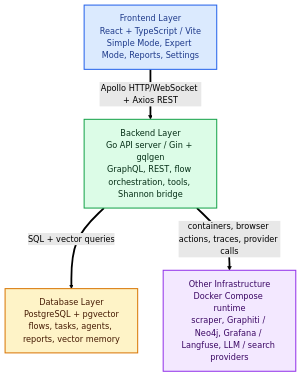
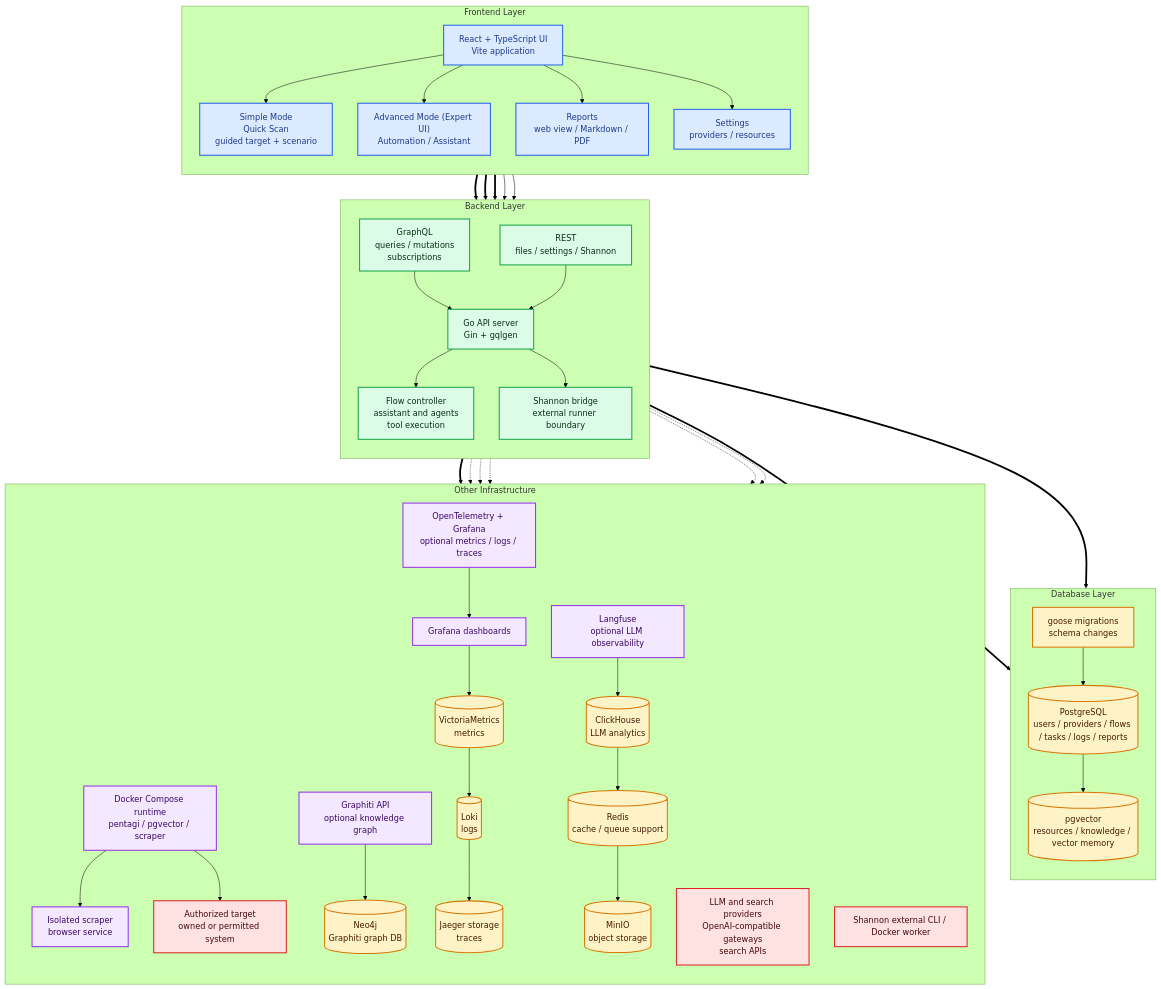
The second of 2 diagrams in README.md (2026OpenSourceSW/AegisX), drawn with Mermaid (forest theme) before and after one commit. The commit also changed other lines of this file, not shown here.

Commit message:
docs(readme): detail component architecture
Make the README architecture section detailed enough to show the current AegisX runtime shape without changing source behavior.

Constraint: Documentation-only update scoped to README Component Architecture on develop.

Rejected: Copying upstream 20+ Pro Tools wording | That claim is not verified for AegisX.

Confidence: high

Scope-risk: narrow

Directive: Keep Shannon represented as an external CLI/Docker worker boundary unless the integration model changes.

Plan: .omo/plans/readme-component-architecture.md

Tested: README contract check; Prettier check; git diff --check; local link check; secret diff scan; Mermaid CLI SVG/PNG render; Chrome screenshot visual QA.

Not-tested: Full application build was not run because this is a README-only documentation change.

````diff
--- a/README.md
+++ b/README.md
@@ -129,21 +134,97 @@
 ```mermaid
-flowchart TB
+graph TB
     classDef frontend fill:#dbeafe,stroke:#2563eb,stroke-width:2px,color:#1e3a8a
     classDef backend fill:#dcfce7,stroke:#16a34a,stroke-width:2px,color:#052e16
     classDef database fill:#fef3c7,stroke:#d97706,stroke-width:2px,color:#451a03
     classDef infra fill:#f3e8ff,stroke:#9333ea,stroke-width:2px,color:#3b0764
+    classDef external fill:#fee2e2,stroke:#dc2626,stroke-width:2px,color:#450a0a
 
-    Frontend["Frontend Layer<br/>React + TypeScript / Vite<br/>Simple Mode, Expert Mode, Reports, Settings"]
-    Backend["Backend Layer<br/>Go API server / Gin + gqlgen<br/>GraphQL, REST, flow orchestration, tools, Shannon bridge"]
-    Database["Database Layer<br/>PostgreSQL + pgvector<br/>flows, tasks, agents, reports, vector memory"]
-    Infrastructure["Other Infrastructure<br/>Docker Compose runtime<br/>scraper, Graphiti / Neo4j, Grafana / Langfuse, LLM / search providers"]
+    subgraph Frontend["Frontend Layer"]
+        direction TB
+        UI["React + TypeScript UI<br/>Vite application"]
+        SimpleMode["Simple Mode<br/>Quick Scan<br/>guided target + scenario"]
+        ExpertMode["Advanced Mode (Expert UI)<br/>Automation / Assistant"]
+        Reports["Reports<br/>web view / Markdown / PDF"]
+        Settings["Settings<br/>providers / resources"]
+        UI --> SimpleMode
+        UI --> ExpertMode
+        UI --> Reports
+        UI --> Settings
+    end
 
-    Frontend ==>|"Apollo HTTP/WebSocket + Axios REST"| Backend
-    Backend ==>|"SQL + vector queries"| Database
-    Backend ==>|"containers, browser actions, traces, provider calls"| Infrastructure
+    subgraph Backend["Backend Layer"]
+        direction TB
+        GraphQL["GraphQL<br/>queries / mutations<br/>subscriptions"]
+        REST["REST<br/>files / settings / Shannon"]
+        API["Go API server<br/>Gin + gqlgen"]
+        Orchestration["Flow controller<br/>assistant and agents<br/>tool execution"]
+        ShannonBridge["Shannon bridge<br/>external runner boundary"]
+        GraphQL --> API
+        REST --> API
+        API --> Orchestration
+        API --> ShannonBridge
+    end
 
-    class Frontend frontend
-    class Backend backend
-    class Database database
-    class Infrastructure infra
+    subgraph Database["Database Layer"]
+        direction TB
+        Migrations["goose migrations<br/>schema changes"]
+        AppDB[(PostgreSQL<br/>users / providers / flows / tasks / logs / reports)]
+        VectorDB[(pgvector<br/>resources / knowledge / vector memory)]
+        Migrations --> AppDB
+        AppDB --> VectorDB
+    end
+
+    subgraph Other["Other Infrastructure"]
+        direction TB
+        Docker["Docker Compose runtime<br/>pentagi / pgvector / scraper"]
+        Scraper["Isolated scraper<br/>browser service"]
+        Target["Authorized target<br/>owned or permitted system"]
+        Providers["LLM and search providers<br/>OpenAI-compatible gateways<br/>search APIs"]
+        ShannonExternal["Shannon external CLI / Docker worker"]
+        Docker --> Scraper
+        Docker --> Target
+
+        Graphiti["Graphiti API<br/>optional knowledge graph"]
+        Neo4j[(Neo4j<br/>Graphiti graph DB)]
+        Graphiti --> Neo4j
+
+        Observability["OpenTelemetry + Grafana<br/>optional metrics / logs / traces"]
+        Grafana["Grafana dashboards"]
+        Victoria[(VictoriaMetrics<br/>metrics)]
+        Loki[(Loki<br/>logs)]
+        JaegerStore[(Jaeger storage<br/>traces)]
+        Observability --> Grafana
+        Grafana --> Victoria
+        Victoria --> Loki
+        Loki --> JaegerStore
+
+        Langfuse["Langfuse<br/>optional LLM observability"]
+        ClickHouse[(ClickHouse<br/>LLM analytics)]
+        Redis[(Redis<br/>cache / queue support)]
+        MinIO[(MinIO<br/>object storage)]
+        Langfuse --> ClickHouse
+        ClickHouse --> Redis
+        Redis --> MinIO
+    end
+
+    SimpleMode ==> GraphQL
+    ExpertMode ==> GraphQL
+    Reports ==> GraphQL
+    Reports --> REST
+    Settings --> REST
+
+    API ==> AppDB
+    Orchestration ==> VectorDB
+    Orchestration ==> Docker
+    Orchestration -.-> Providers
+    Orchestration -.-> Graphiti
+    API -.-> Observability
+    API -.-> Langfuse
+    ShannonBridge -.-> ShannonExternal
+
+    class UI,SimpleMode,ExpertMode,Reports,Settings frontend
+    class API,GraphQL,REST,Orchestration,ShannonBridge backend
+    class AppDB,VectorDB,Migrations,Neo4j,Victoria,Loki,JaegerStore,ClickHouse,Redis,MinIO database
+    class Docker,Scraper,Graphiti,Observability,Grafana,Langfuse infra
+    class Providers,Target,ShannonExternal external
 ```
````
